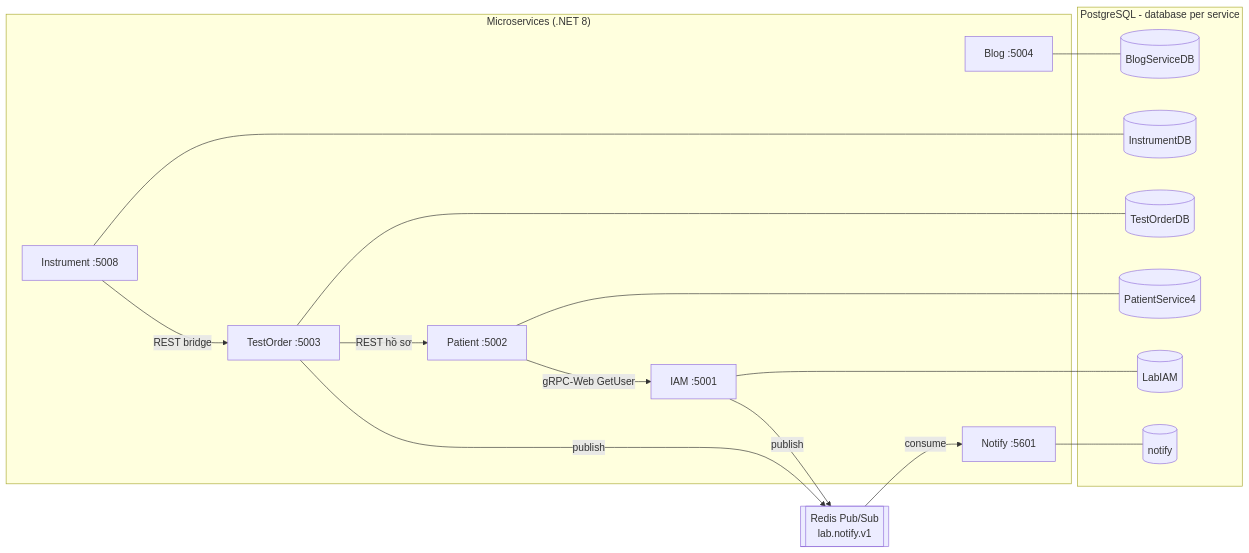
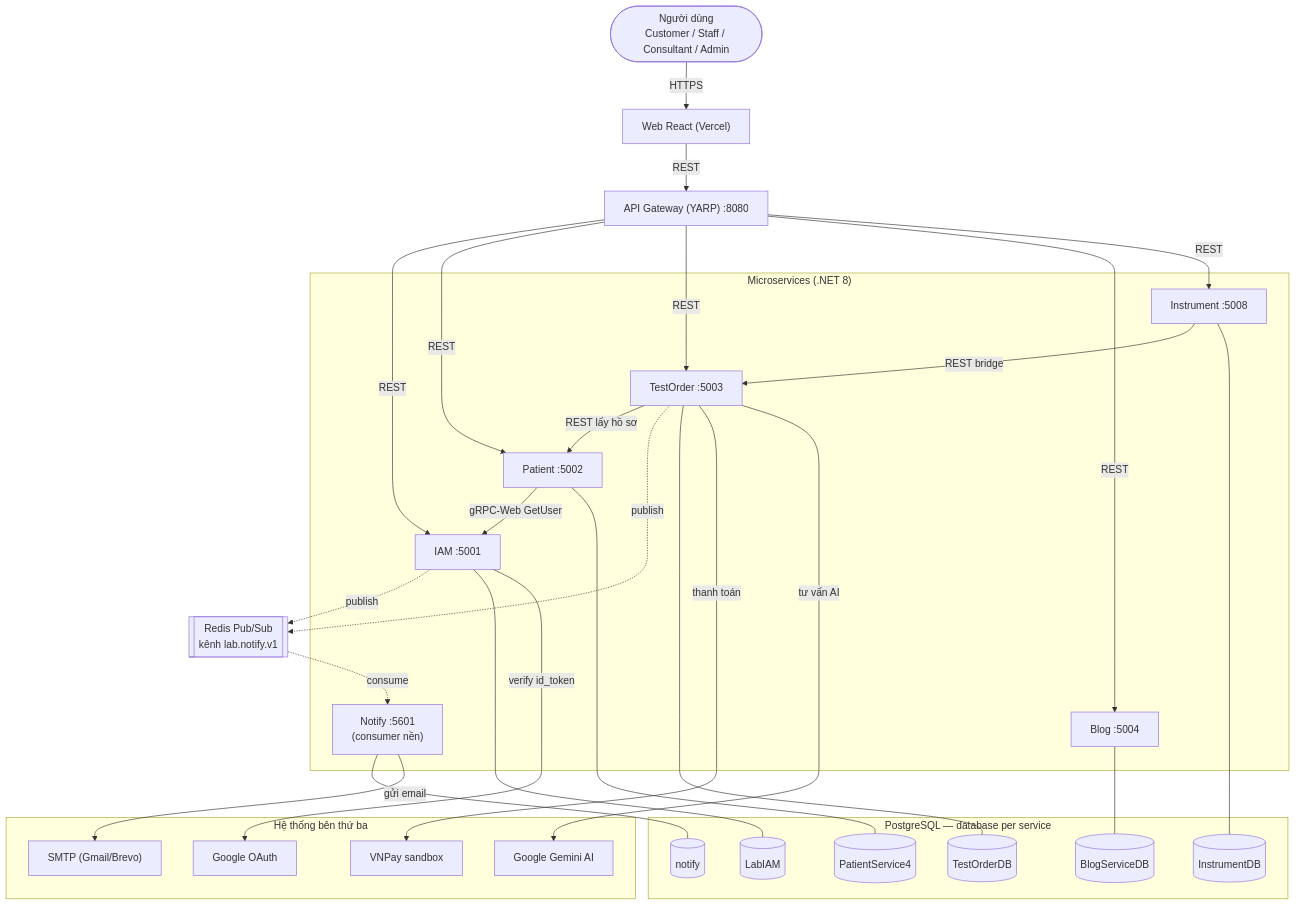
Before and after one commit to thienhoibai/laboratory-management: the second of 6 diagrams in docs/ARCHITECTURE.md, drawn with Mermaid. The commit also changed other lines of this file, not shown here.

Commit message:
Complete the runtime diagram end to end
The runtime diagram started at the services with no client entry point and no
external systems, so it read as headless. Redraw it top-down from user to web
to gateway to the six services, their databases, the Redis broker and consumer,
and the four third-party systems.

````diff
--- a/docs/ARCHITECTURE.md
+++ b/docs/ARCHITECTURE.md
@@ -104,34 +107,61 @@
 ```mermaid
-graph LR
-    subgraph Backend["Microservices (.NET 8)"]
+graph TB
+    User(["Người dùng<br/>Customer / Staff / Consultant / Admin"])
+    Web["Web React (Vercel)"]
+    GW["API Gateway (YARP) :8080"]
+
+    User -->|HTTPS| Web
+    Web -->|REST| GW
+
+    subgraph SVC["Microservices (.NET 8)"]
         IAM["IAM :5001"]
         PAT["Patient :5002"]
         TO["TestOrder :5003"]
         BLOG["Blog :5004"]
         INS["Instrument :5008"]
-        NOTI["Notify :5601"]
+        NOTI["Notify :5601<br/>(consumer nền)"]
     end
-    subgraph DB["PostgreSQL - database per service"]
+
+    GW -->|REST| IAM
+    GW -->|REST| PAT
+    GW -->|REST| TO
+    GW -->|REST| BLOG
+    GW -->|REST| INS
+
+    PAT -->|gRPC-Web GetUser| IAM
+    TO -->|REST lấy hồ sơ| PAT
+    INS -->|REST bridge| TO
+
+    REDIS[["Redis Pub/Sub<br/>kênh lab.notify.v1"]]
+    IAM -.->|publish| REDIS
+    TO -.->|publish| REDIS
+    REDIS -.->|consume| NOTI
+
+    subgraph DB["PostgreSQL — database per service"]
         D1[(LabIAM)]
         D2[(PatientService4)]
         D3[(TestOrderDB)]
         D4[(BlogServiceDB)]
         D5[(InstrumentDB)]
         D6[(notify)]
     end
-    REDIS[["Redis Pub/Sub<br/>lab.notify.v1"]]
 
     IAM --- D1
     PAT --- D2
     TO --- D3
     BLOG --- D4
     INS --- D5
     NOTI --- D6
 
-    PAT -->|gRPC-Web GetUser| IAM
-    TO -->|REST hồ sơ| PAT
-    INS -->|REST bridge| TO
-    IAM -->|publish| REDIS
-    TO -->|publish| REDIS
-    REDIS -->|consume| NOTI
+    subgraph EXT["Hệ thống bên thứ ba"]
+        GOOGLE["Google OAuth"]
+        VNPAY["VNPay sandbox"]
+        GEMINI["Google Gemini AI"]
+        SMTP["SMTP (Gmail/Brevo)"]
+    end
+
+    IAM -->|verify id_token| GOOGLE
+    TO -->|thanh toán| VNPAY
+    TO -->|tư vấn AI| GEMINI
+    NOTI -->|gửi email| SMTP
 ```
````
